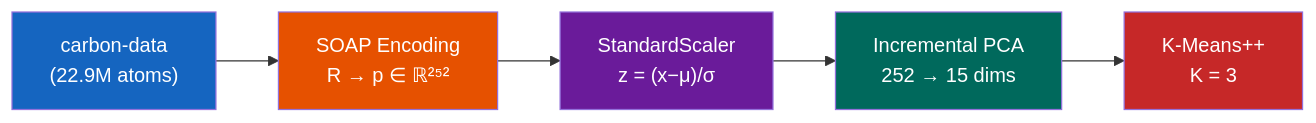
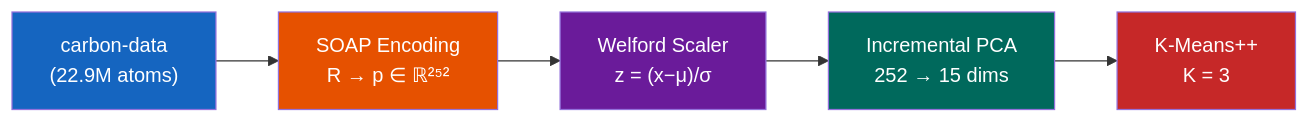
Before and after one commit to minhduc110207/carbon-clustering: the diagram in README.md, drawn with Mermaid. The commit also changed other lines of this file, not shown here.

````diff
--- a/README.md
+++ b/README.md
@@ -7,13 +39,13 @@
 ```mermaid
 graph LR
     A["carbon-data<br/>(22.9M atoms)"] --> B["SOAP Encoding<br/>R → p ∈ ℝ²⁵²"]
-    B --> C["StandardScaler<br/>z = (x−μ)/σ"]
+    B --> C["Welford Scaler<br/>z = (x−μ)/σ"]
     C --> D["Incremental PCA<br/>252 → 15 dims"]
     D --> E["K-Means++<br/>K = 3"]
 
     style A fill:#1565C0,color:#fff
     style B fill:#E65100,color:#fff
     style C fill:#6A1B9A,color:#fff
     style D fill:#00695C,color:#fff
     style E fill:#C62828,color:#fff
 ```
````
